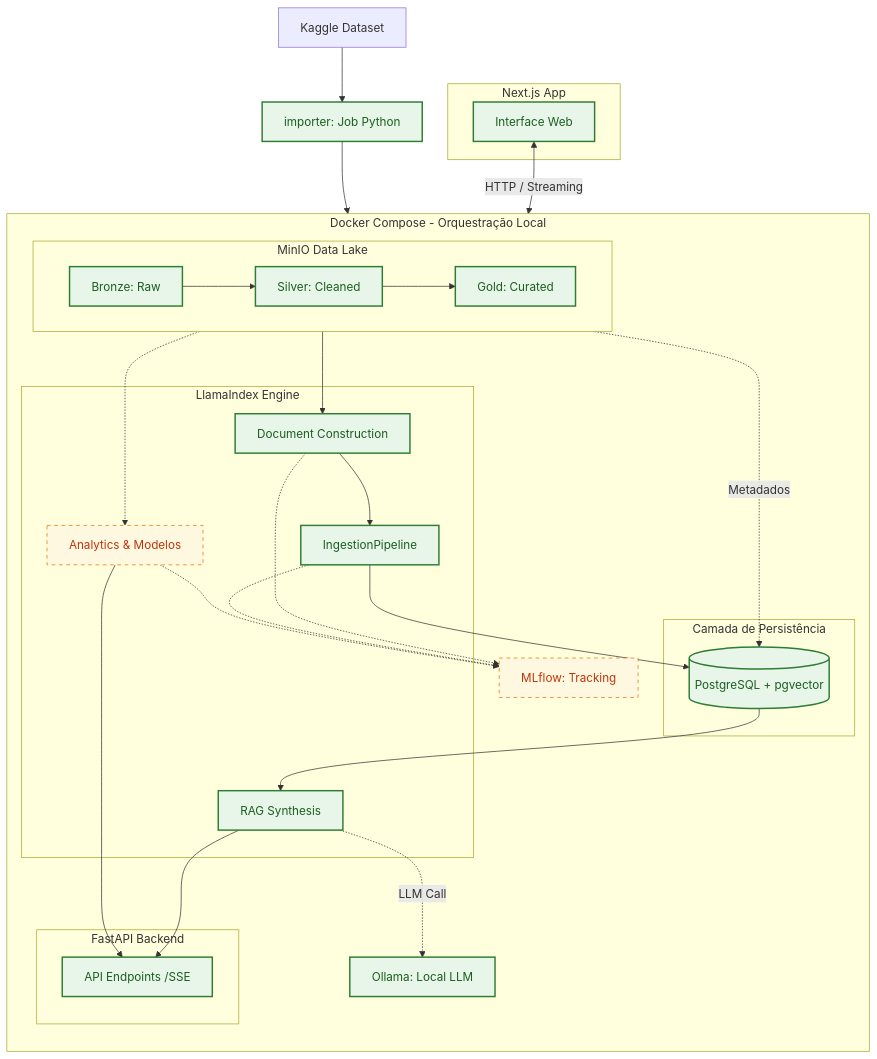
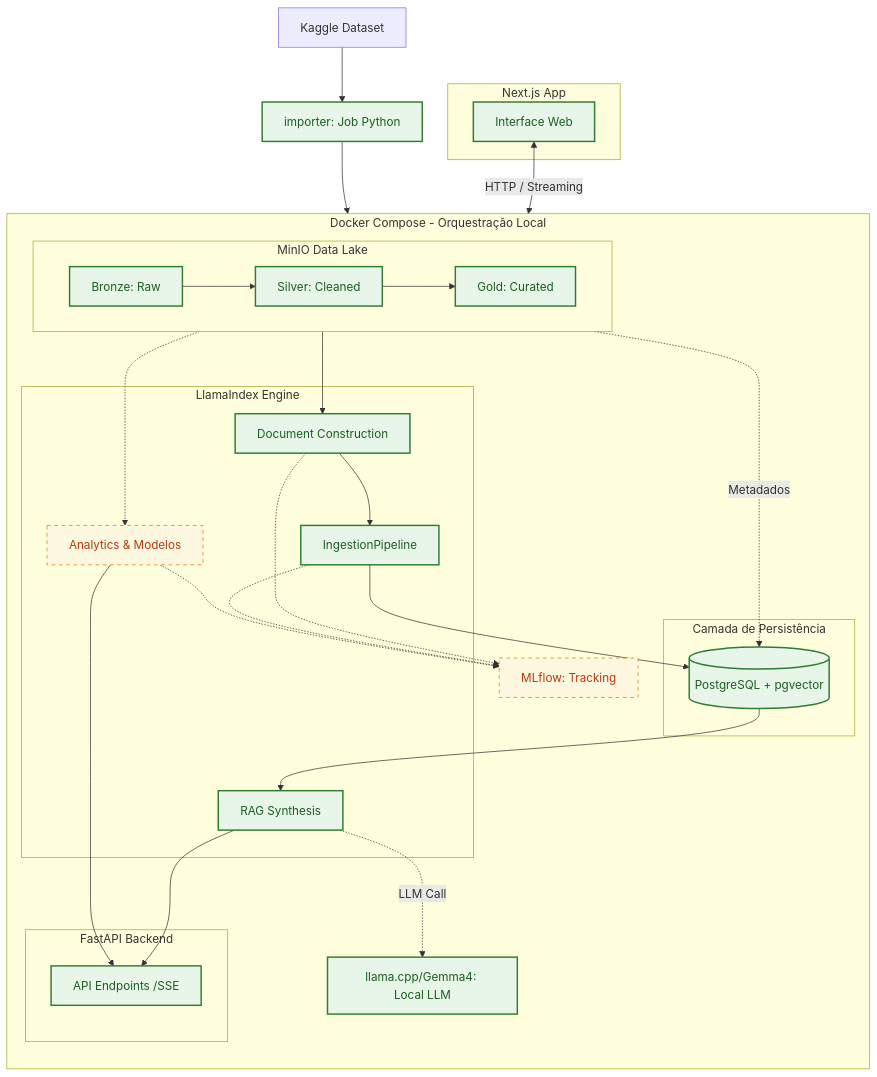
One commit to pedroandrade03/rag-intelligence changed the fifth of 5 diagrams in README.md. Above: the diagram before and after it, drawn with Mermaid. The commit also changed other lines of this file and 5 other files, not shown here.

````diff
--- a/README.md
+++ b/README.md
@@ -188,59 +188,59 @@
 ```mermaid
 flowchart TB
     %% Definição de Estilos
     classDef implemented fill:#e8f5e9,stroke:#2e7d32,color:#1b5e20,stroke-width:2px;
     classDef planned fill:#fff8e1,stroke:#ef6c00,color:#bf360c,stroke-dasharray: 5 5;
 
     %% Fontes e Ingestão
     DS[Kaggle Dataset] --> IMP[importer: Job Python]:::implemented
 
     subgraph Infra_Docker [Docker Compose - Orquestração Local]
         direction TB
         
         subgraph Data_Lake [MinIO Data Lake]
             direction LR
             B[Bronze: Raw]:::implemented --> S[Silver: Cleaned]:::implemented --> G[Gold: Curated]:::implemented
         end
 
         subgraph Storage_Layer [Camada de Persistência]
             PG[(PostgreSQL + pgvector)]:::implemented
         end
 
         subgraph AI_Engine [LlamaIndex Engine]
             DOCS[Document Construction]:::implemented
             ING[IngestionPipeline]:::implemented
             RAG[RAG Synthesis]:::implemented
             ANL[Analytics & Modelos]:::planned
         end
 
         subgraph Backend_App [FastAPI Backend]
             API[API Endpoints /SSE]:::implemented
         end
 
-        OLLAMA[Ollama: Local LLM]:::implemented
+        LLAMACPP[llama.cpp/Gemma4: Local LLM]:::implemented
         MLF[MLflow: Tracking]:::planned
     end
 
     subgraph Frontend_App [Next.js App]
         FE[Interface Web]:::implemented
     end
 
     %% Fluxos de Conexão
     IMP --> B
     B -.->|Metadados| PG
     G --> DOCS --> ING --> PG
     PG --> RAG
-    RAG -.->|LLM Call| OLLAMA
+    RAG -.->|LLM Call| LLAMACPP
     RAG --> API
     G -.-> ANL --> API
     FE <-->|HTTP / Streaming| API
 
     %% Observabilidade
     DOCS -.-> MLF
     ING -.-> MLF
     ANL -.-> MLF
 
     %% Atribuição de Classes
     class B,S,G,PG,DOCS,ING,RAG,API,FE,IMP,OLLAMA implemented;
     class ANL,MLF planned;
 ```
````
